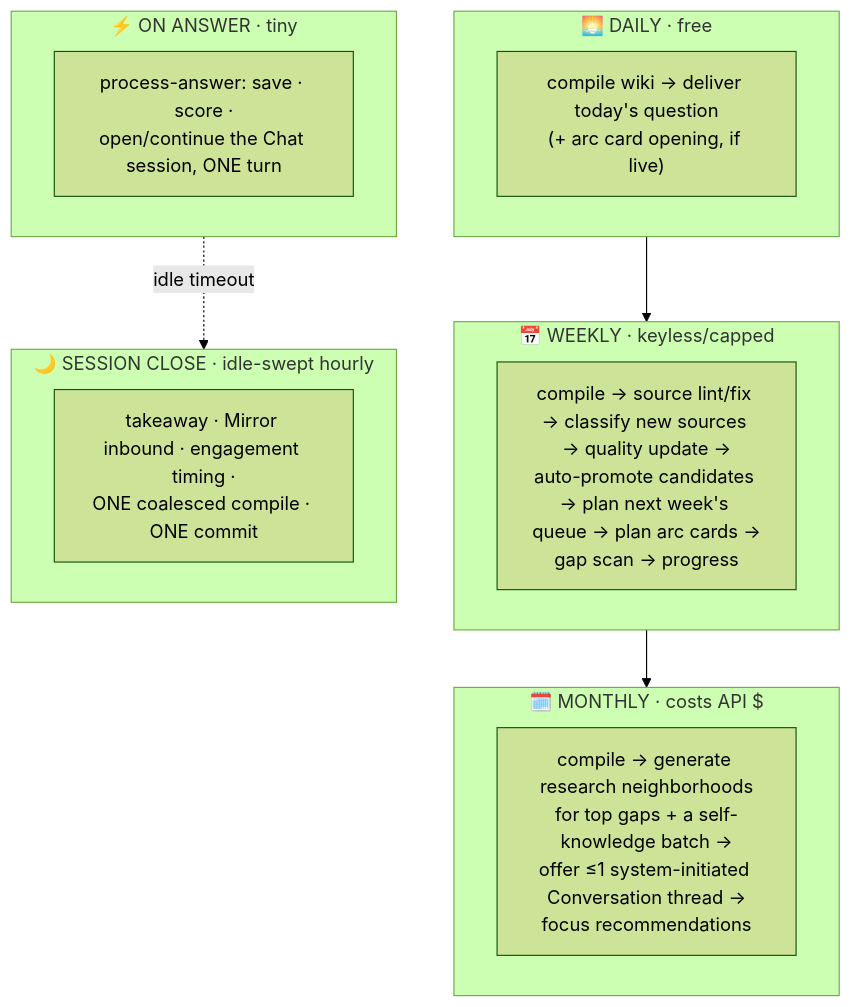
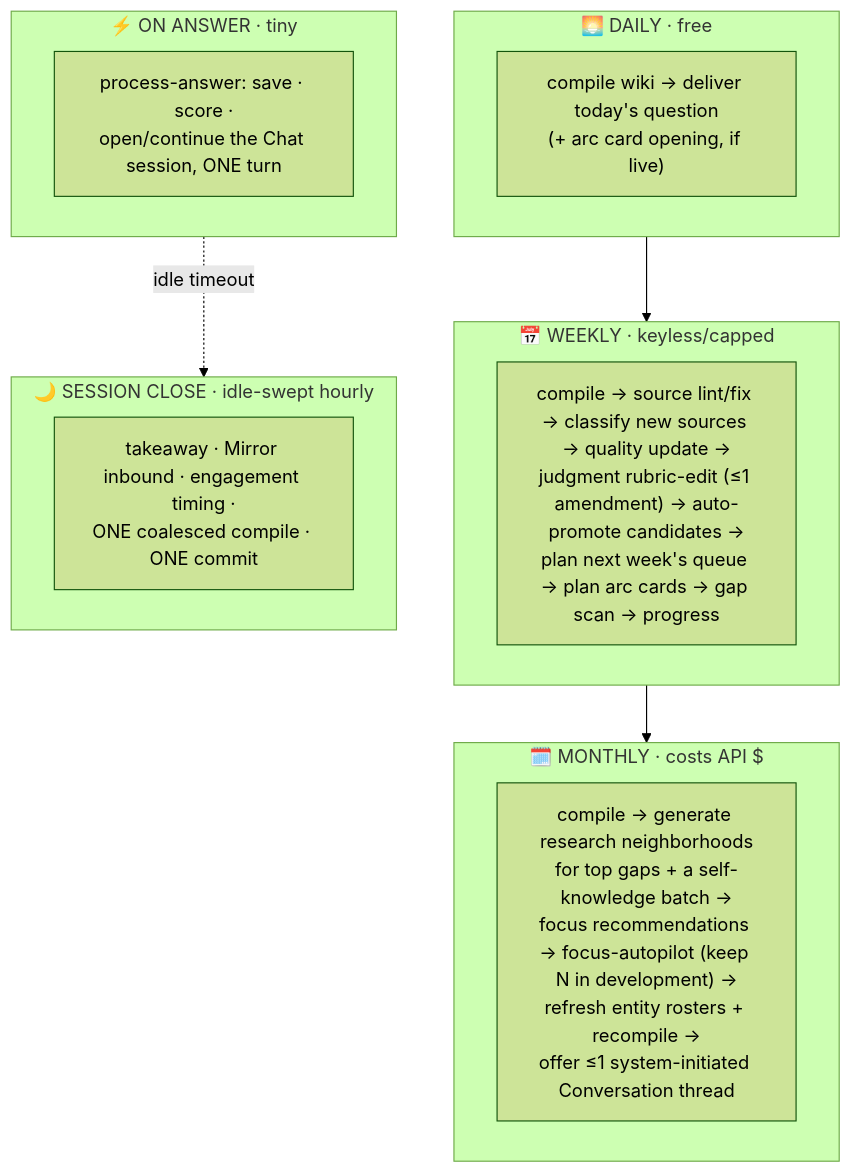
Before and after one commit to lifehug/lifehug: the ninth of 9 diagrams in README.md, drawn with Mermaid (forest theme). The commit also changed other lines of this file and 2 other files, not shown here.

````diff
--- a/README.md
+++ b/README.md
@@ -484,20 +485,20 @@
 ```mermaid
 flowchart TB
     subgraph d["🌅 DAILY · free"]
         D1["compile wiki → deliver today's question<br/>(+ arc card opening, if live)"]
     end
     subgraph w["📅 WEEKLY · keyless/capped"]
-        W1["compile → source lint/fix → classify new sources → quality update →<br/>auto-promote candidates → plan next week's queue → plan arc cards →<br/>gap scan → progress"]
+        W1["compile → source lint/fix → classify new sources → quality update →<br/>judgment rubric-edit (≤1 amendment) → auto-promote candidates →<br/>plan next week's queue → plan arc cards → gap scan → progress"]
     end
     subgraph m["🗓️ MONTHLY · costs API $"]
-        M1["compile → generate research neighborhoods<br/>for top gaps + a self-knowledge batch →<br/>offer ≤1 system-initiated Conversation thread →<br/>focus recommendations"]
+        M1["compile → generate research neighborhoods<br/>for top gaps + a self-knowledge batch →<br/>focus recommendations → focus-autopilot (keep N in development) →<br/>refresh entity rosters + recompile →<br/>offer ≤1 system-initiated Conversation thread"]
     end
     subgraph e["⚡ ON ANSWER · tiny"]
         E1["process-answer: save · score ·<br/>open/continue the Chat session, ONE turn"]
     end
     subgraph close["🌙 SESSION CLOSE · idle-swept hourly"]
         C1["takeaway · Mirror inbound · engagement timing ·<br/>ONE coalesced compile · ONE commit"]
     end
     d --> w --> m
     e -.->|idle timeout| close
 ```
````
